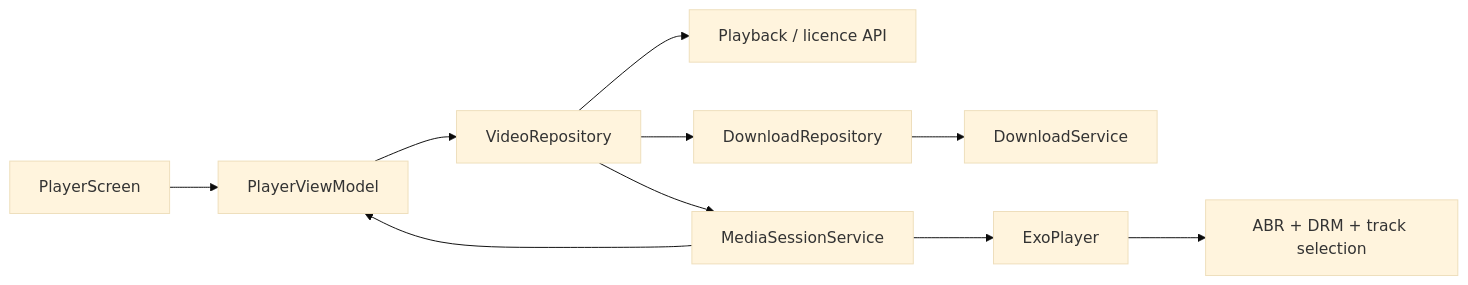
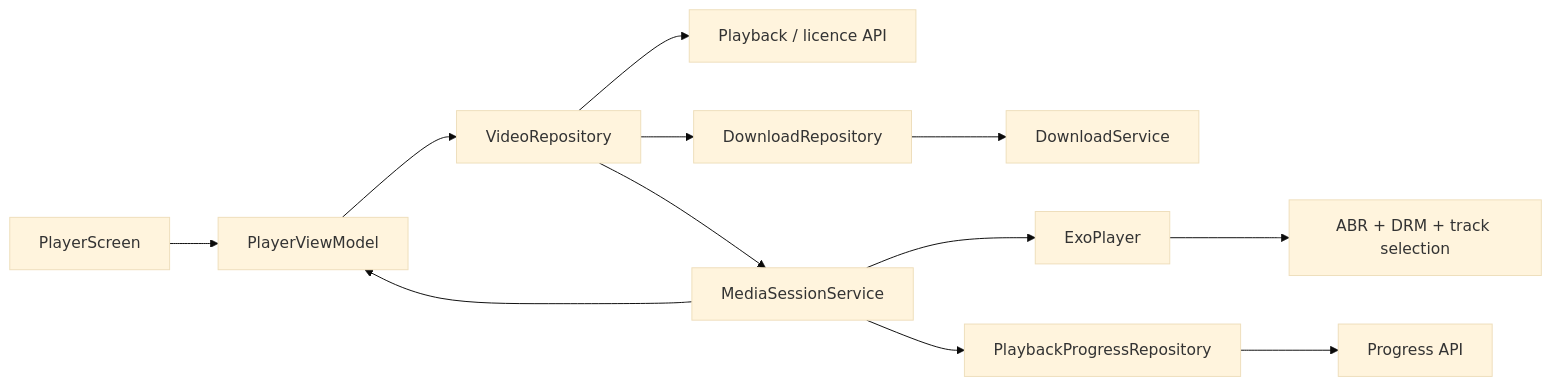
The second of 2 diagrams in mobile-system-design/youtube-video-streaming.md (swarnsingh/android-staff-engineer-playbook-website), drawn with Mermaid (base theme) before and after one commit. The commit also changed other lines of this file and 5 other files, not shown here.

````diff
--- a/mobile-system-design/youtube-video-streaming.md
+++ b/mobile-system-design/youtube-video-streaming.md
@@ -129,9 +175,10 @@
 ```mermaid
 flowchart LR
     Screen["PlayerScreen"] --> VM["PlayerViewModel"] --> Repo["VideoRepository"]
     Repo --> API["Playback / licence API"]
     Repo --> Downloads["DownloadRepository"] --> ServiceD["DownloadService"]
     Repo --> Session["MediaSessionService"] --> Player["ExoPlayer"]
+    Session --> Progress["PlaybackProgressRepository"] --> ProgressAPI["Progress API"]
     Player --> Tracks["ABR + DRM + track selection"]
     Session --> VM
 ```
````
